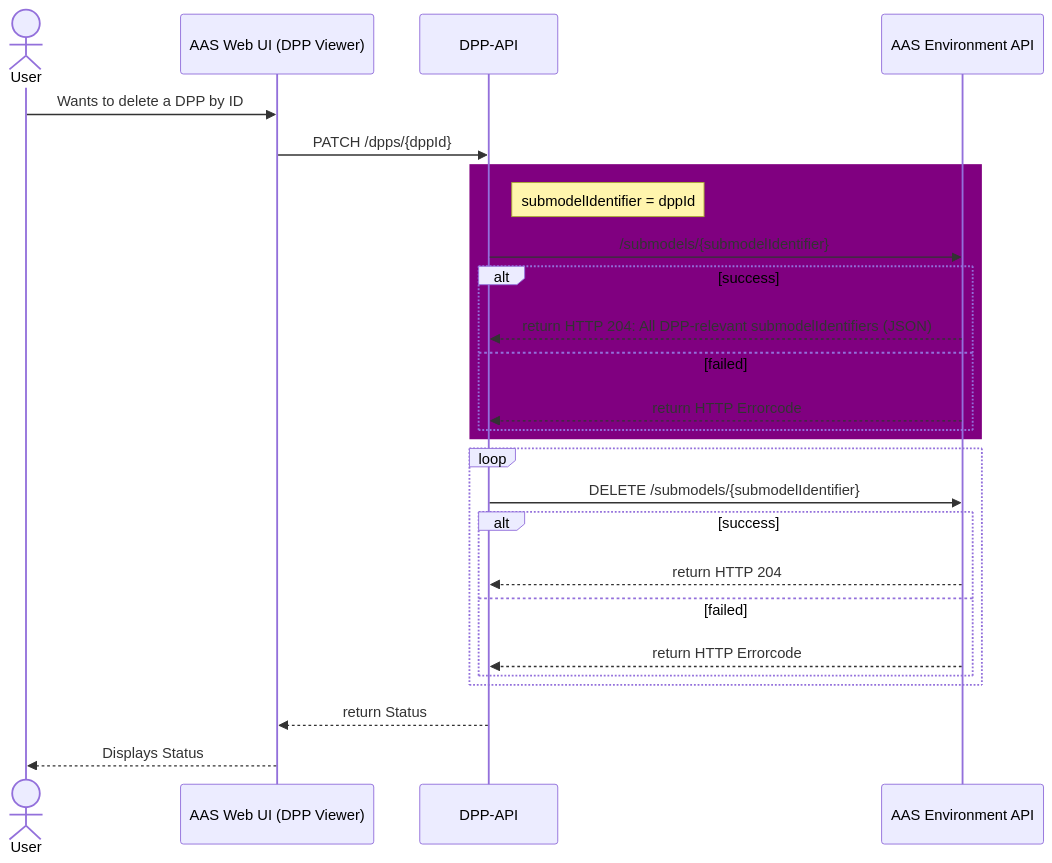
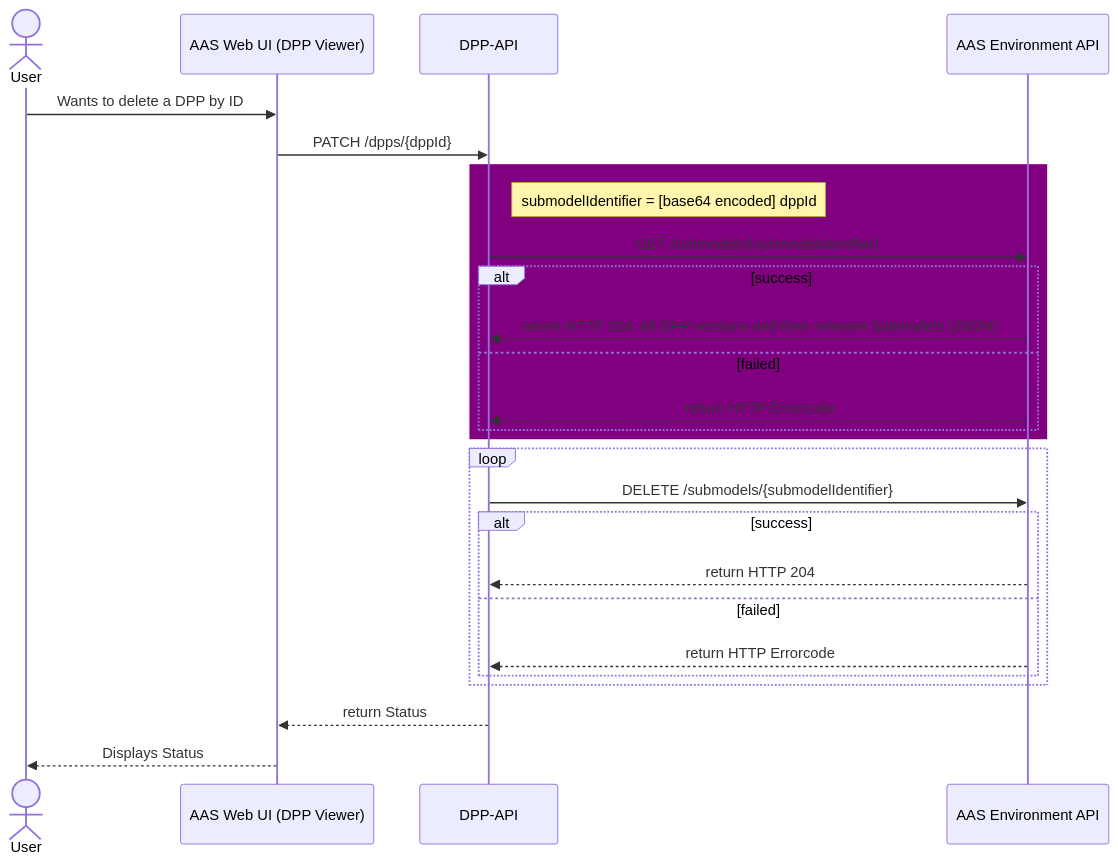
The fourth of 8 diagrams in PROJECT/SAS/mapping.md (DHBW-TINF24F/Team6-BaSyx-DPP-API), drawn with Mermaid before and after one commit.

Commit message:
minor changes – DELETE /dpps/

````diff
--- a/PROJECT/SAS/mapping.md
+++ b/PROJECT/SAS/mapping.md
@@ -156,35 +156,35 @@
 ```mermaid
 sequenceDiagram
   actor User
   participant Web as AAS Web UI (DPP Viewer)
   participant API as DPP-API
   participant Env as AAS Environment API
 
   User->>Web: Wants to delete a DPP by ID
   Web->>API: PATCH /dpps/{dppId}
 
 
   rect purple
-    Note right of API: submodelIdentifier = dppId
-    API->>Env: /submodels/{submodelIdentifier}
+    Note right of API: submodelIdentifier = [base64 encoded] dppId
+    API->>Env: GET /submodels/{submodelIdentifier}
     alt success
-        Env-->>API: return HTTP 204: All DPP-relevant submodelIdentifiers (JSON)
+        Env-->>API: return HTTP 204: All DPP versions and their relevant Submodels (JSON)
     else failed
         Env-->>API: return HTTP Errorcode
     end
   end
 
   loop
     API->>Env: DELETE /submodels/{submodelIdentifier}
     
     alt success
         Env-->>API: return HTTP 204
     else failed
         Env-->>API: return HTTP Errorcode
     end
   end
   
   API-->>Web: return Status
   Web-->>User: Displays Status
 
 ```
````
